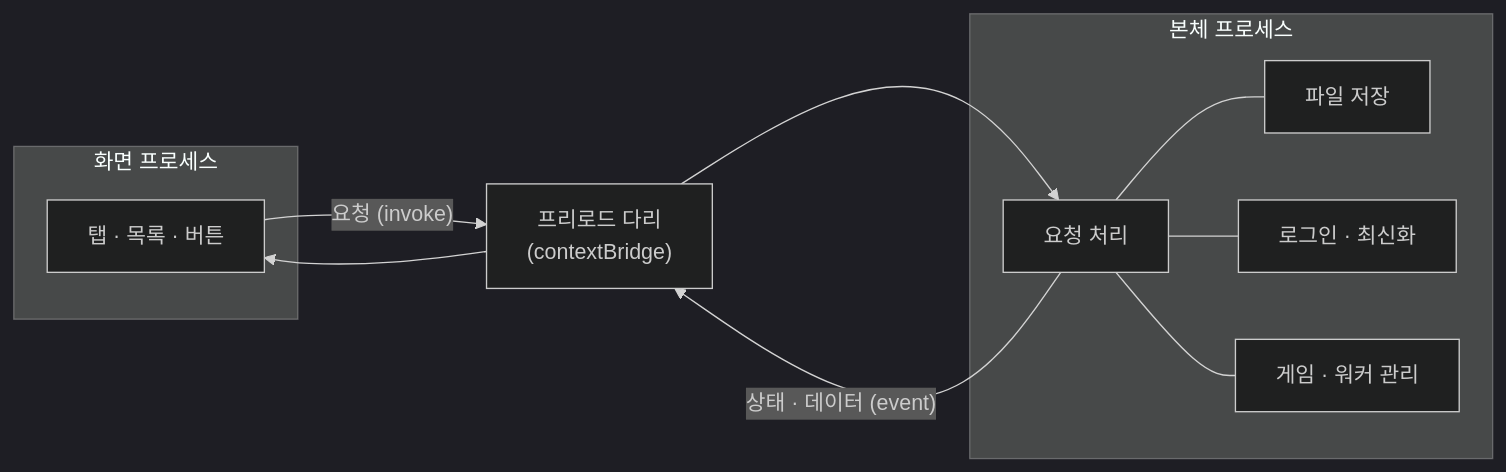
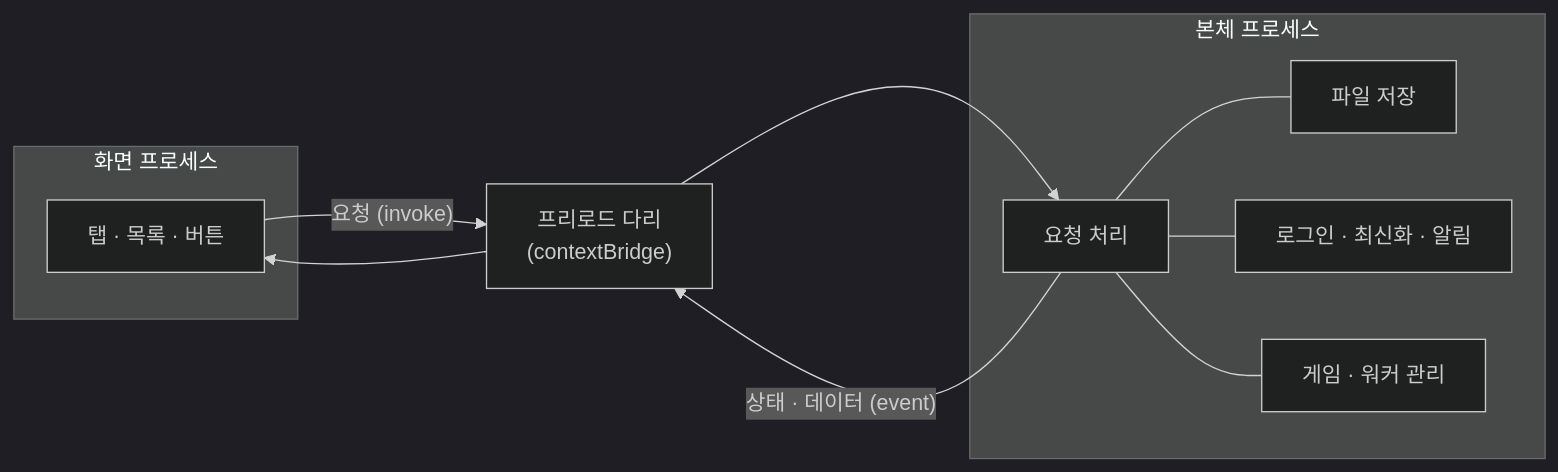
The second of 5 diagrams in ARCHITECTURE.md (gtrackers/g-tracker), drawn with Mermaid (dark theme) before and after one commit. The commit also changed other lines of this file and 2 other files, not shown here.

Commit message:
updated: readme.md, guide.md, architecture.md

````diff
--- a/ARCHITECTURE.md
+++ b/ARCHITECTURE.md
@@ -67,21 +76,21 @@
 ```mermaid
 flowchart LR
     subgraph Renderer["화면 프로세스"]
         UI["탭 · 목록 · 버튼"]
     end
     Bridge["프리로드 다리<br/>(contextBridge)"]
     subgraph Main["본체 프로세스"]
         H["요청 처리"]
         FS["파일 저장"]
-        NET["로그인 · 최신화"]
+        NET["로그인 · 최신화 · 알림"]
         PROC["게임 · 워커 관리"]
     end
 
     UI -->|"요청 (invoke)"| Bridge
     Bridge --> H
     H -->|"상태 · 데이터 (event)"| Bridge
     Bridge --> UI
     H --- FS
     H --- NET
     H --- PROC
 ```
````
